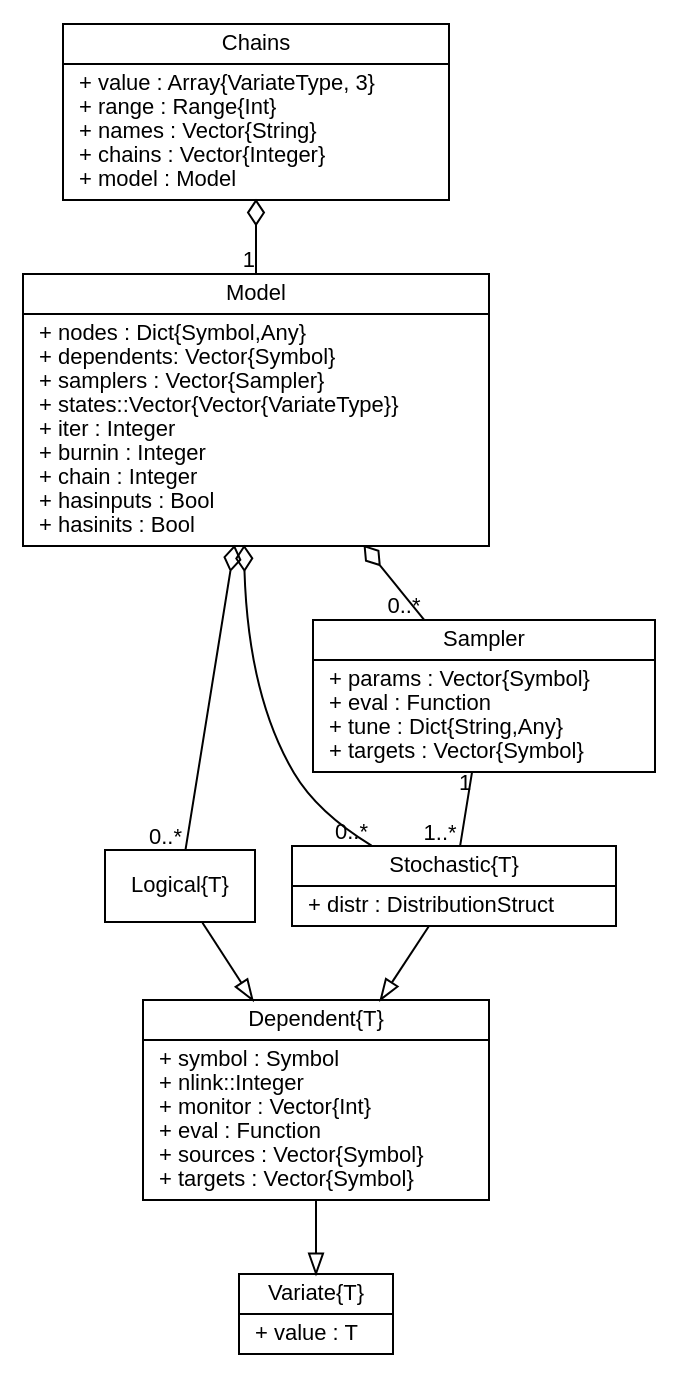
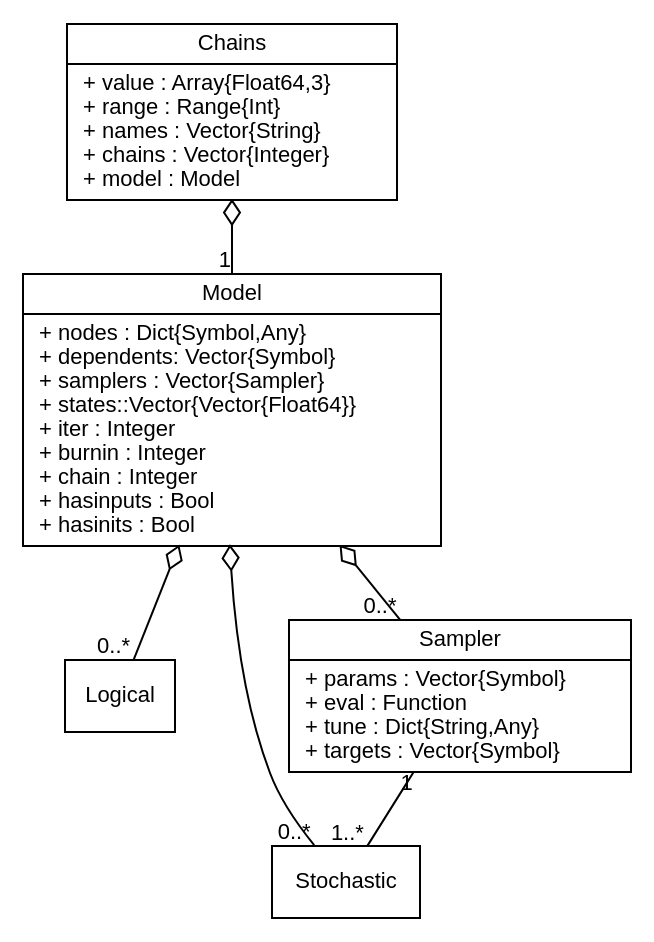
Before and after one commit to brian-j-smith/Mamba.jl: the diagram in doc/images/mcmcUML.dot, drawn with Graphviz. The commit also changed 36 other files, not shown here.

```diff
--- a/doc/images/mcmcUML.dot
+++ b/doc/images/mcmcUML.dot
@@ -1,34 +1,25 @@
 graph MCMC {
     fontname = "Helvetica"
     fontsize = 11
-    overlap = scalexy
-    sep = "+0,26"
 
     node [fontname = "Helvetica", fontsize = 11, shape = record]
 
     edge [fontname = "Helvetica", fontsize = 11, dir = both, arrowtail = none, arrowhead = none]
 
-    Variate [label = "{Variate\{T\}|+ value : T\l}"]
+    Logical [label = "{Logical}", pos="0,175"]
 
-    Dependent [label = "{Dependent\{T\}|+ symbol : Symbol\l+ nlink::Integer\l+ monitor : Vector\{Int\}\l+ eval : Function\l+ sources : Vector\{Symbol\}\l+ targets : Vector\{Symbol\}\l}"]
+    Stochastic [label = "{Stochastic}", pos="100,175"]
 
-    Logical [label = "{Logical\{T\}}"]
+    Sampler [label = "{Sampler|+ params : Vector\{Symbol\}\l+ eval : Function\l+ tune : Dict\{String,Any\}\l+ targets : Vector\{Symbol\}\l}", pos="275,125"]
 
-    Stochastic [label = "{Stochastic\{T\}|+ distr : DistributionStruct\l}"]
+    Model [label = "{Model|+ nodes : Dict\{Symbol,Any\}\l+ dependents: Vector\{Symbol\}\l+ samplers : Vector\{Sampler\}\l+ states::Vector\{Vector\{Float64\}\}\l+ iter : Integer\l+ burnin : Integer\l+ chain : Integer\l+ hasinputs : Bool\l+ hasinits : Bool\l}", pos="50,25"]
 
-    Sampler [label = "{Sampler|+ params : Vector\{Symbol\}\l+ eval : Function\l+ tune : Dict\{String,Any\}\l+ targets : Vector\{Symbol\}\l}"]
+    Chains [label = "{Chains|+ value : Array\{Float64,3\}\l+ range : Range\{Int\}\l+ names : Vector\{String\}\l+ chains : Vector\{Integer\}\l+ model : Model\l}", pos="275,0"]
 
-    Model [label = "{Model|+ nodes : Dict\{Symbol,Any\}\l+ dependents: Vector\{Symbol\}\l+ samplers : Vector\{Sampler\}\l+ states::Vector\{Vector\{VariateType\}\}\l+ iter : Integer\l+ burnin : Integer\l+ chain : Integer\l+ hasinputs : Bool\l+ hasinits : Bool\l}"]
-
-    Chains [label = "{Chains|+ value : Array\{VariateType, 3\}\l+ range : Range\{Int\}\l+ names : Vector\{String\}\l+ chains : Vector\{Integer\}\l+ model : Model\l}"]
-
-    Dependent -- Variate[len = 0.9, arrowhead = empty]
-    Logical -- Dependent[arrowhead = empty]
-    Stochastic -- Dependent[arrowhead = empty]
-    Sampler -- Stochastic[len = 1.2, taillabel = "1", headlabel = "1..*"]
+    Sampler -- Stochastic[taillabel = "1", headlabel = "1..*"]
     Model -- Sampler[arrowtail = odiamond, headlabel = "0..*"]
     Model -- Logical[arrowtail = odiamond, headlabel = "0..*"]
     Model -- Stochastic[arrowtail = odiamond, headlabel = "0..*"]
-    Chains -- Model[len = 1.2, arrowtail = odiamond, headlabel = "1"]
+    Chains -- Model[arrowtail = odiamond, headlabel = "1"]
 
 }
```
